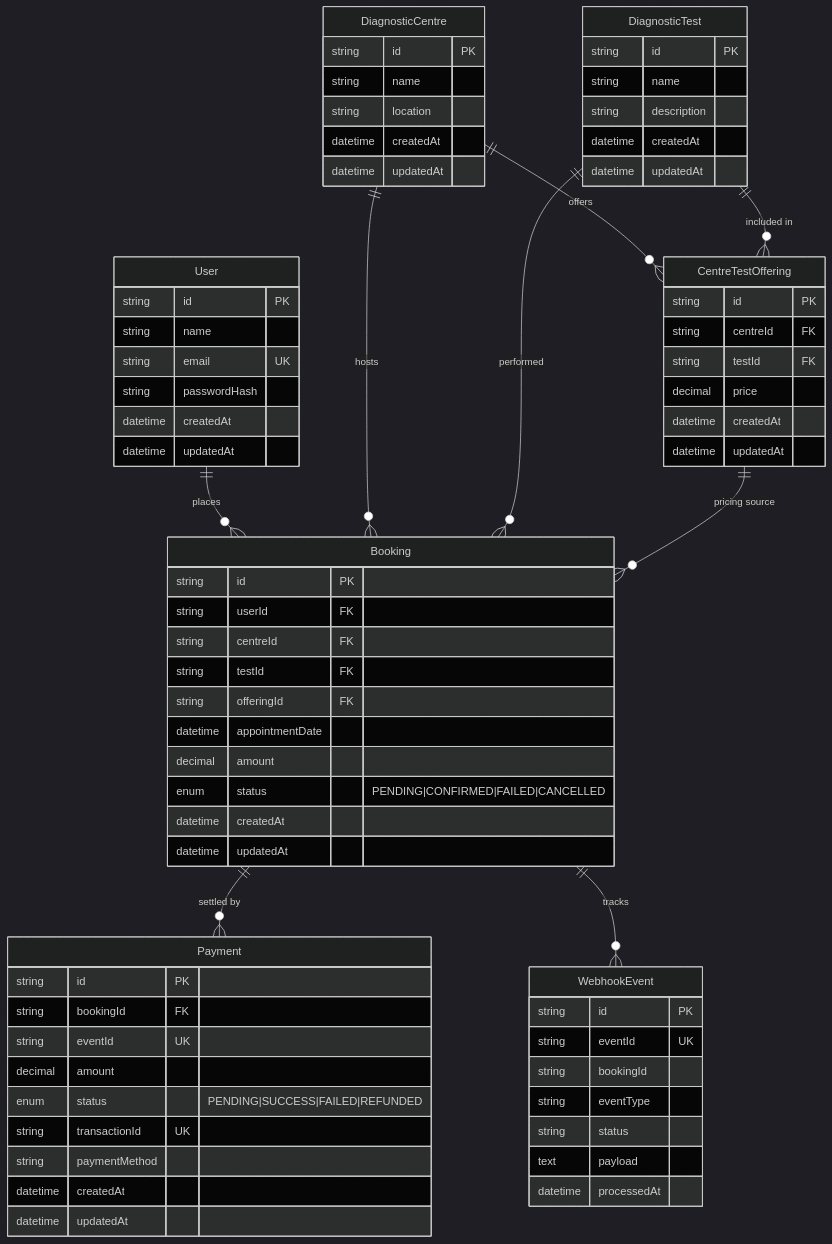
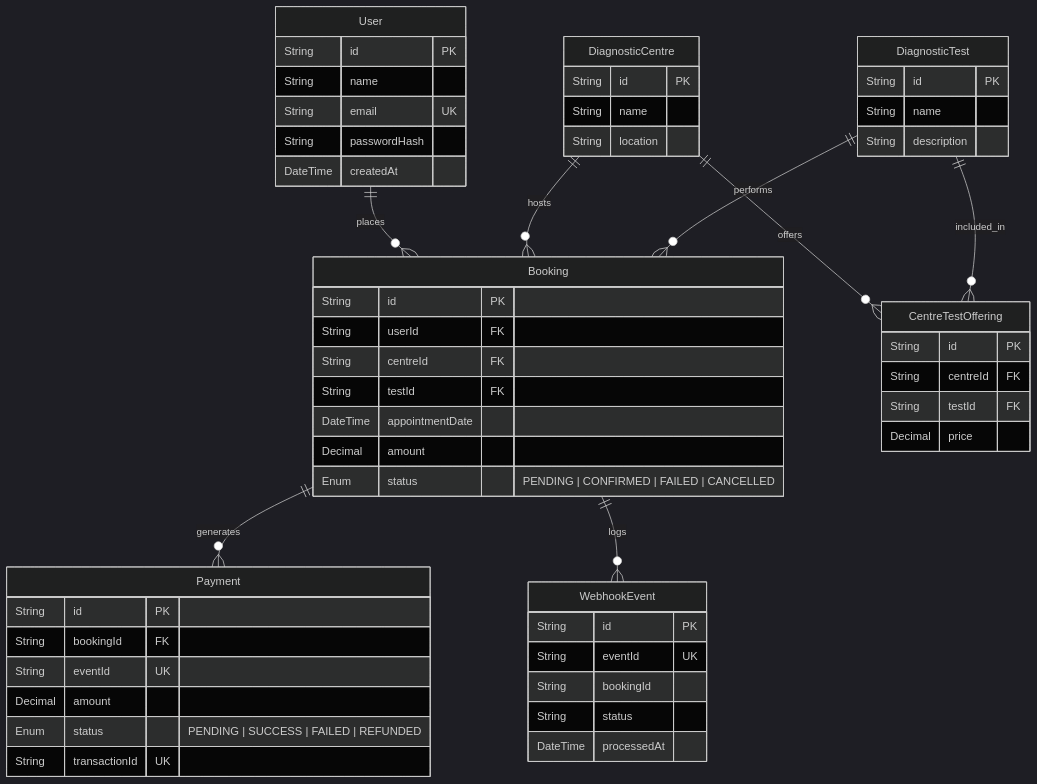
One commit to manishcodess/EveHealthcare changed the diagram in README.md. Above: the diagram before and after it, drawn with Mermaid (dark theme). The commit also changed other lines of this file and 7 other files, not shown here.

````diff
--- a/README.md
+++ b/README.md
@@ -128,80 +255,64 @@
 ```mermaid
 erDiagram
-    User ||--o{ Booking : "places"
-    DiagnosticCentre ||--o{ CentreTestOffering : "offers"
-    DiagnosticTest ||--o{ CentreTestOffering : "included in"
-    DiagnosticCentre ||--o{ Booking : "hosts"
-    DiagnosticTest ||--o{ Booking : "performed"
-    CentreTestOffering ||--o{ Booking : "pricing source"
-    Booking ||--o{ Payment : "settled by"
-    Booking ||--o{ WebhookEvent : "tracks"
+    User ||--o{ Booking : places
+    DiagnosticCentre ||--o{ CentreTestOffering : offers
+    DiagnosticTest ||--o{ CentreTestOffering : included_in
+    DiagnosticCentre ||--o{ Booking : hosts
+    DiagnosticTest ||--o{ Booking : performs
+    Booking ||--o{ Payment : generates
+    Booking ||--o{ WebhookEvent : logs
 
     User {
-        string id PK
-        string name
-        string email UK
-        string passwordHash
-        datetime createdAt
-        datetime updatedAt
+        String id PK
+        String name
+        String email UK
+        String passwordHash
+        DateTime createdAt
     }
 
     DiagnosticCentre {
-        string id PK
-        string name
-        string location
-        datetime createdAt
-        datetime updatedAt
+        String id PK
+        String name
+        String location
     }
 
     DiagnosticTest {
-        string id PK
-        string name
-        string description
-        datetime createdAt
-        datetime updatedAt
+        String id PK
+        String name
+        String description
     }
 
     CentreTestOffering {
-        string id PK
-        string centreId FK
-        string testId FK
-        decimal price
-        datetime createdAt
-        datetime updatedAt
+        String id PK
+        String centreId FK
+        String testId FK
+        Decimal price
     }
 
     Booking {
-        string id PK
-        string userId FK
-        string centreId FK
-        string testId FK
-        string offeringId FK
-        datetime appointmentDate
-        decimal amount
-        enum status "PENDING|CONFIRMED|FAILED|CANCELLED"
-        datetime createdAt
-        datetime updatedAt
+        String id PK
+        String userId FK
+        String centreId FK
+        String testId FK
+        DateTime appointmentDate
+        Decimal amount
+        Enum status "PENDING | CONFIRMED | FAILED | CANCELLED"
     }
 
     Payment {
-        string id PK
-        string bookingId FK
-        string eventId UK
-        decimal amount
-        enum status "PENDING|SUCCESS|FAILED|REFUNDED"
-        string transactionId UK
-        string paymentMethod
-        datetime createdAt
-        datetime updatedAt
+        String id PK
+        String bookingId FK
+        String eventId UK
+        Decimal amount
+        Enum status "PENDING | SUCCESS | FAILED | REFUNDED"
+        String transactionId UK
     }
 
     WebhookEvent {
-        string id PK
-        string eventId UK
-        string bookingId
-        string eventType
-        string status
-        text payload
-        datetime processedAt
+        String id PK
+        String eventId UK
+        String bookingId
+        String status
+        DateTime processedAt
     }
 ```
````
